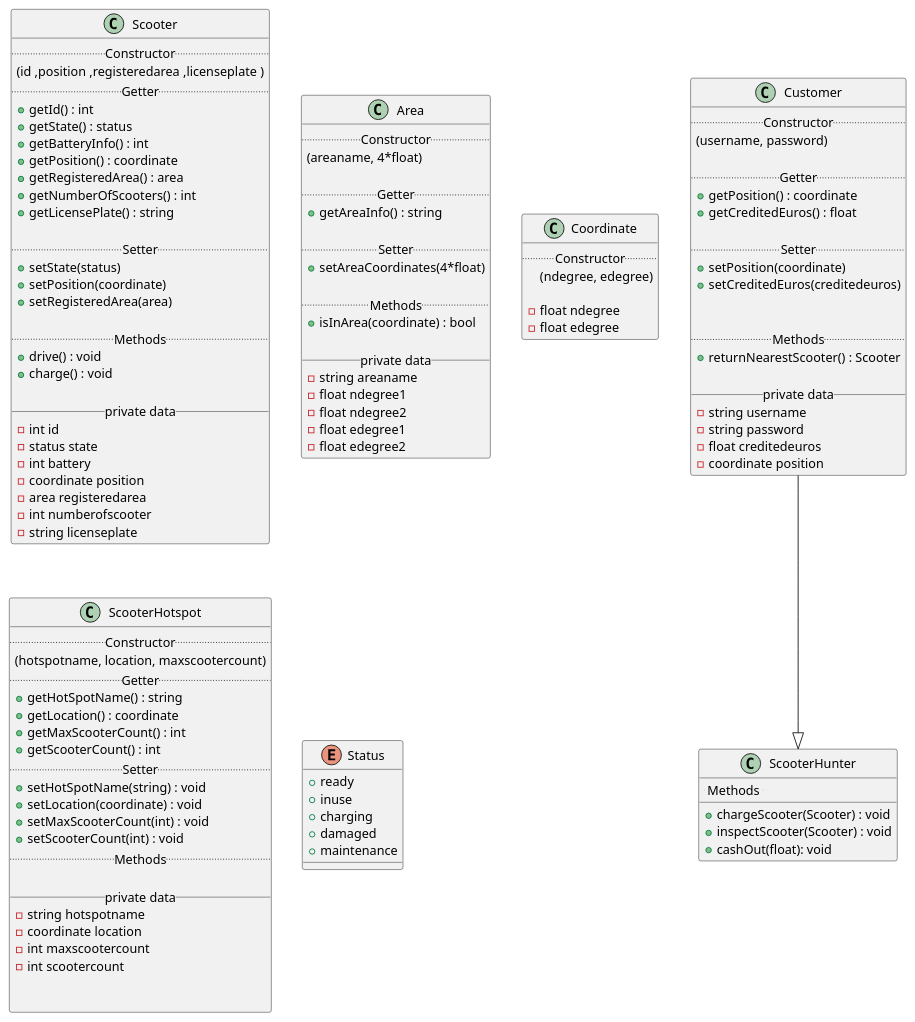
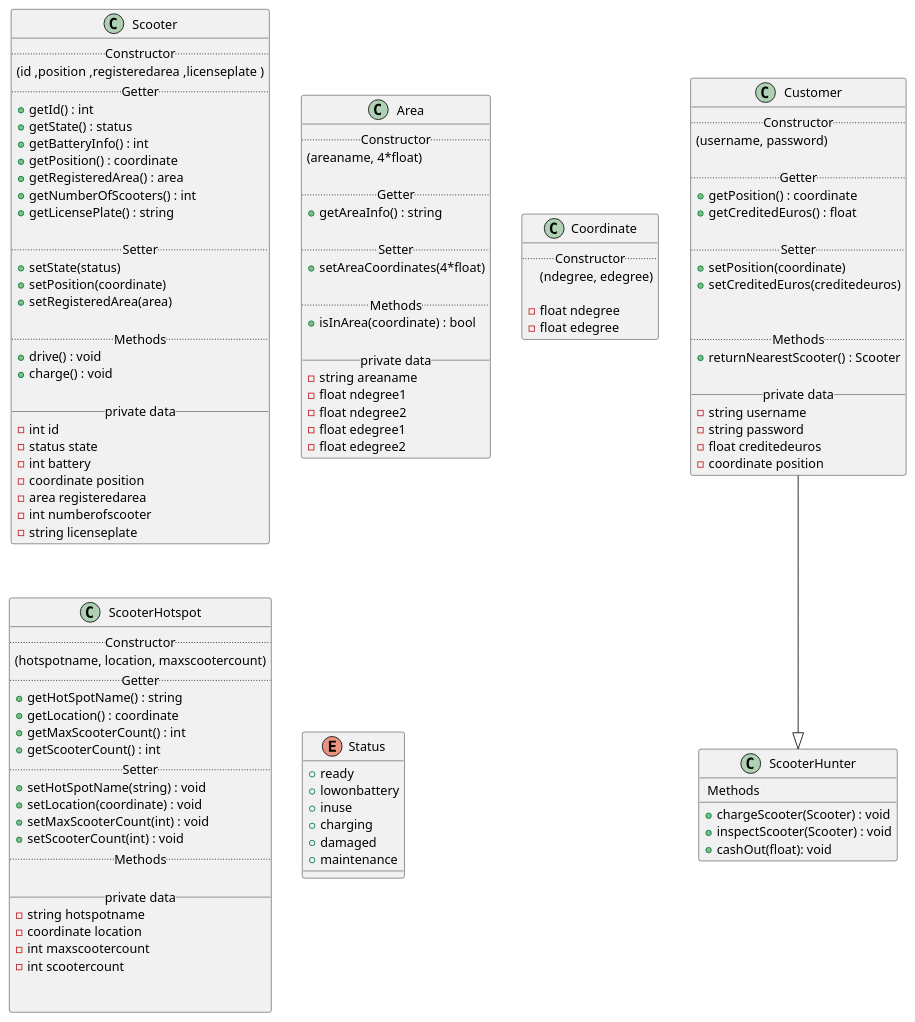
One commit to fh-erfurt/Scooter-MS changed the diagram in umldiagram.iuml. Above: the diagram before and after it, drawn with PlantUML.

Commit message:
updated UML

```diff
--- a/umldiagram.iuml
+++ b/umldiagram.iuml
@@ -1,144 +1,145 @@
 @startuml
 
 
 
 
 
 skinparam componentStyle uml2
 
 
 
 class Scooter {
     .. Constructor ..
       (id ,position ,registeredarea ,licenseplate )
     .. Getter ..
   + getId() : int
   + getState() : status
   + getBatteryInfo() : int
   + getPosition() : coordinate
   + getRegisteredArea() : area
   + getNumberOfScooters() : int
   + getLicensePlate() : string
 
   .. Setter ..
   + setState(status)
   + setPosition(coordinate)
   + setRegisteredArea(area)
 
   .. Methods ..
   + drive() : void
   + charge() : void
 
   __ private data __
   -int id
   -status state
   -int battery
   -coordinate position
   -area registeredarea
   -int numberofscooter
   -string licenseplate
 }
 
 class Area {
   .. Constructor ..
   (areaname, 4*float)
 
   .. Getter ..
   + getAreaInfo() : string
 
   .. Setter ..
   + setAreaCoordinates(4*float)
 
   .. Methods ..
   + isInArea(coordinate) : bool
 
   __ private data __
   -string areaname
   -float ndegree1
   -float ndegree2
   -float edegree1
   -float edegree2
 }
 
 
 
 class Coordinate {
   .. Constructor ..
   (ndegree, edegree)
 
   -float ndegree
   -float edegree
 }
 
 
 class Customer {
   .. Constructor ..
   (username, password)
 
   .. Getter ..
   + getPosition() : coordinate
   + getCreditedEuros() : float
 
   .. Setter ..
   + setPosition(coordinate)
   + setCreditedEuros(creditedeuros)
 
 
   .. Methods ..
   + returnNearestScooter() : Scooter
 
   __ private data __
   -string username
   -string password
   -float creditedeuros
   -coordinate position
 }
 
 class ScooterHunter {
 
   .. Methods ..
   + chargeScooter(Scooter) : void
   + inspectScooter(Scooter) : void
   + cashOut(float): void
 
 
 }
 
 class ScooterHotspot {
   .. Constructor ..
 (hotspotname, location, maxscootercount)
   .. Getter ..
    + getHotSpotName() : string
    + getLocation() : coordinate
    + getMaxScooterCount() : int
    + getScooterCount() : int
   .. Setter ..
    + setHotSpotName(string) : void
    + setLocation(coordinate) : void
    + setMaxScooterCount(int) : void
    + setScooterCount(int) : void
   .. Methods ..
 
   __ private data __
   -string hotspotname
   -coordinate location
   -int maxscootercount
   -int scootercount
 
 
 }
 
 enum Status {
   + ready
+  + lowonbattery
   + inuse
   + charging
   + damaged
   + maintenance
 }
 
 Customer --|> ScooterHunter
 
 
 
 
 @enduml
```
